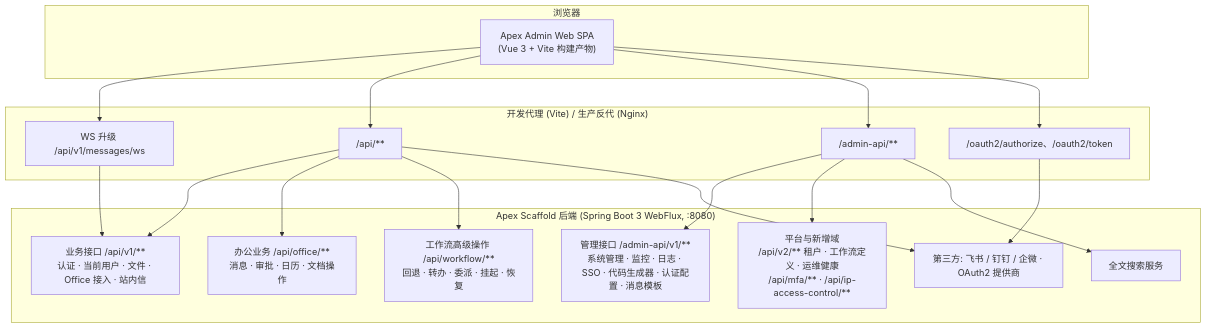
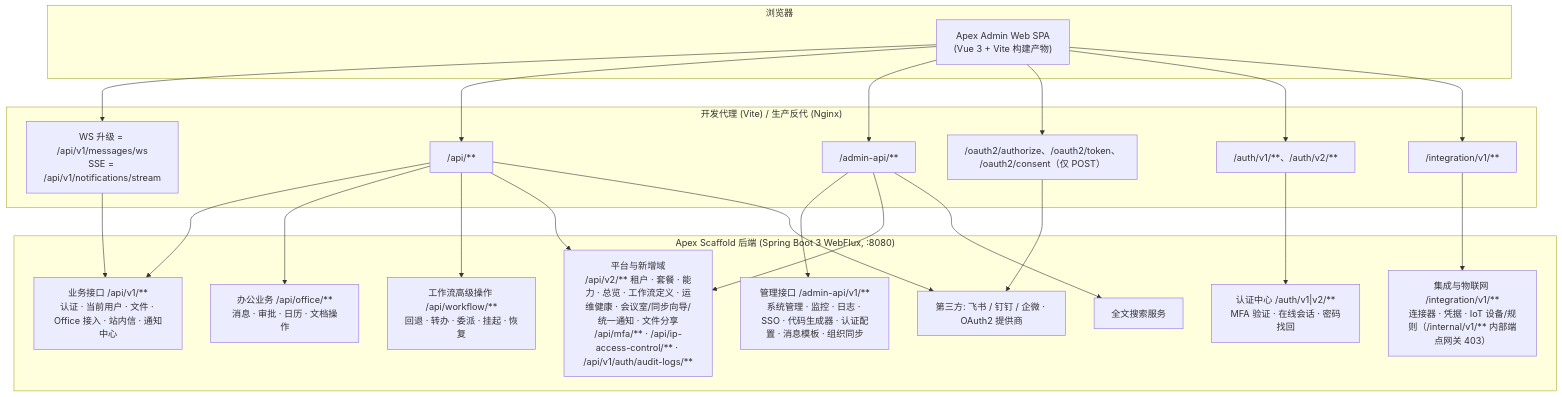
The first of 4 diagrams in docs/architecture/overview.md (apex-cloud-service/apex-admin-web), drawn with Mermaid before and after one commit. The commit also changed other lines of this file and 22 other files, not shown here.

````diff
--- a/docs/architecture/overview.md
+++ b/docs/architecture/overview.md
@@ -28,29 +28,35 @@
 ```mermaid
 flowchart TB
     subgraph Browser["浏览器"]
         SPA["Apex Admin Web SPA<br/>(Vue 3 + Vite 构建产物)"]
     end
 
     subgraph Gateway["开发代理 (Vite) / 生产反代 (Nginx)"]
-        P0["WS 升级 /api/v1/messages/ws"]
+        P0["WS 升级 = /api/v1/messages/ws<br/>SSE = /api/v1/notifications/stream"]
         P1["/api/**"]
         P2["/admin-api/**"]
-        P3["/oauth2/authorize、/oauth2/token"]
+        P3["/oauth2/authorize、/oauth2/token、<br/>/oauth2/consent（仅 POST）"]
+        P4["/auth/v1/**、/auth/v2/**"]
+        P5["/integration/v1/**"]
     end
 
     subgraph Backend["Apex Scaffold 后端 (Spring Boot 3 WebFlux, :8080)"]
-        B1["业务接口 /api/v1/**<br/>认证 · 当前用户 · 文件 · Office 接入 · 站内信"]
-        B2["管理接口 /admin-api/v1/**<br/>系统管理 · 监控 · 日志 · SSO · 代码生成器 · 认证配置 · 消息模板"]
+        B1["业务接口 /api/v1/**<br/>认证 · 当前用户 · 文件 · Office 接入 · 站内信 · 通知中心"]
+        B2["管理接口 /admin-api/v1/**<br/>系统管理 · 监控 · 日志 · SSO · 代码生成器 · 认证配置 · 消息模板 · 组织同步"]
         B3["办公业务 /api/office/**<br/>消息 · 审批 · 日历 · 文档操作"]
         B4["工作流高级操作 /api/workflow/**<br/>回退 · 转办 · 委派 · 挂起 · 恢复"]
-        B5["平台与新增域<br/>/api/v2/** 租户 · 工作流定义 · 运维健康<br/>/api/mfa/** · /api/ip-access-control/**"]
-        B6["全文搜索服务"]
-        B7["第三方: 飞书 / 钉钉 / 企微 · OAuth2 提供商"]
+        B5["平台与新增域<br/>/api/v2/** 租户 · 套餐 · 能力 · 总览 · 工作流定义 · 运维健康 · 会议室/同步向导/统一通知 · 文件分享<br/>/api/mfa/** · /api/ip-access-control/** · /api/v1/auth/audit-logs/**"]
+        B6["集成与物联网 /integration/v1/**<br/>连接器 · 凭据 · IoT 设备/规则（/internal/v1/** 内部端点网关 403）"]
+        B7["认证中心 /auth/v1|v2/**<br/>MFA 验证 · 在线会话 · 密码找回"]
+        B8["全文搜索服务"]
+        B9["第三方: 飞书 / 钉钉 / 企微 · OAuth2 提供商"]
     end
 
-    SPA --> P0 & P1 & P2 & P3
+    SPA --> P0 & P1 & P2 & P3 & P4 & P5
     P0 --> B1
-    P1 --> B1 & B3 & B4 & B7
-    P2 --> B2 & B5 & B6
-    P3 --> B7
+    P1 --> B1 & B3 & B4 & B5 & B9
+    P2 --> B2 & B5 & B8
+    P3 --> B9
+    P4 --> B7
+    P5 --> B6
 ```
````
